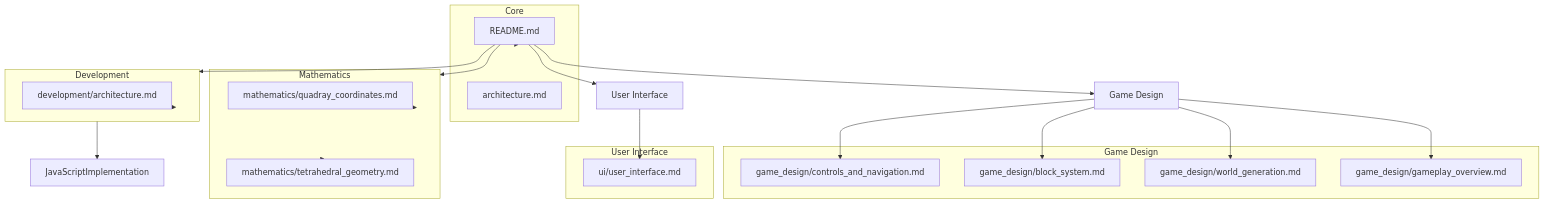
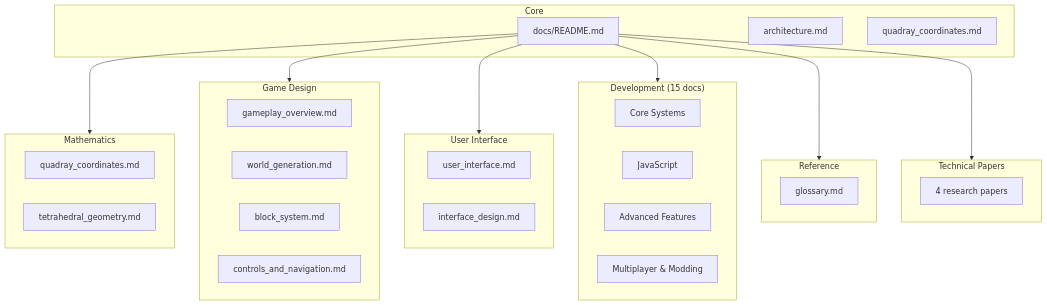
One commit to docxology/QuadCraft changed the diagram in docs/README.md. Above: the diagram before and after it, drawn with Mermaid. The commit also changed other lines of this file and 10 other files, not shown here.

````diff
--- a/docs/README.md
+++ b/docs/README.md
@@ -5,46 +5,47 @@
 ```mermaid
 flowchart TD
     subgraph Core
-        README["README.md"]
+        README["docs/README.md"]
         Architecture["architecture.md"]
+        QuadrayCoords["quadray_coordinates.md"]
     end
 
     subgraph Mathematics
-        QuadrayCoordinates["mathematics/quadray_coordinates.md"]
-        TetrahedralGeometry["mathematics/tetrahedral_geometry.md"]
+        QuadrayCoordinates["quadray_coordinates.md"]
+        TetrahedralGeometry["tetrahedral_geometry.md"]
     end
 
-    subgraph "Game Design"
-        GameplayOverview["game_design/gameplay_overview.md"]
-        WorldGeneration["game_design/world_generation.md"]
-        BlockSystem["game_design/block_system.md"]
-        ControlsNavigation["game_design/controls_and_navigation.md"]
+    subgraph GameDesign["Game Design"]
+        GameplayOverview["gameplay_overview.md"]
+        WorldGeneration["world_generation.md"]
+        BlockSystem["block_system.md"]
+        ControlsNavigation["controls_and_navigation.md"]
     end
 
-    subgraph "User Interface"
-        UIDesign["ui/user_interface.md"]
+    subgraph UI["User Interface"]
+        UserInterface["user_interface.md"]
+        InterfaceDesign["interface_design.md"]
     end
 
-    subgraph Development
-        TechnicalArchitecture["development/architecture.md"]
+    subgraph Development["Development (15 docs)"]
+        CoreSystems["Core Systems"]
+        JSImplementation["JavaScript"]
+        AdvancedFeatures["Advanced Features"]
+        MultiplayerModding["Multiplayer & Modding"]
     end
 
-    README --> Core
+    subgraph Reference
+        Glossary["glossary.md"]
+    end
+
+    subgraph Other["Technical Papers"]
+        Papers["4 research papers"]
+    end
+
     README --> Mathematics
-    README --> GameDesign["Game Design"]
-    README --> UserInterface["User Interface"]
+    README --> GameDesign
+    README --> UI
     README --> Development
-
-    GameDesign --> GameplayOverview
-    GameDesign --> WorldGeneration
-    GameDesign --> BlockSystem
-    GameDesign --> ControlsNavigation
-
-    UserInterface --> UIDesign
-
-    Mathematics --> QuadrayCoordinates
-    Mathematics --> TetrahedralGeometry
-
-    Development --> TechnicalArchitecture
-    Development --> JavaScriptImplementation
+    README --> Reference
+    README --> Other
 ```
````
